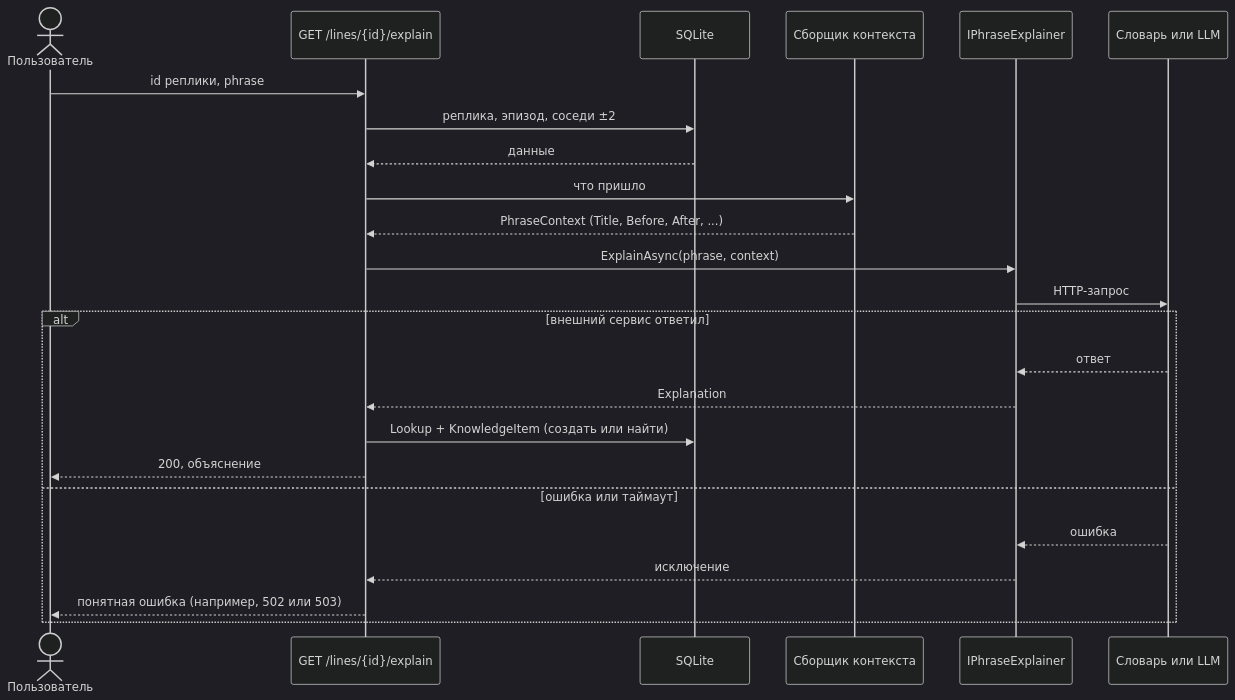
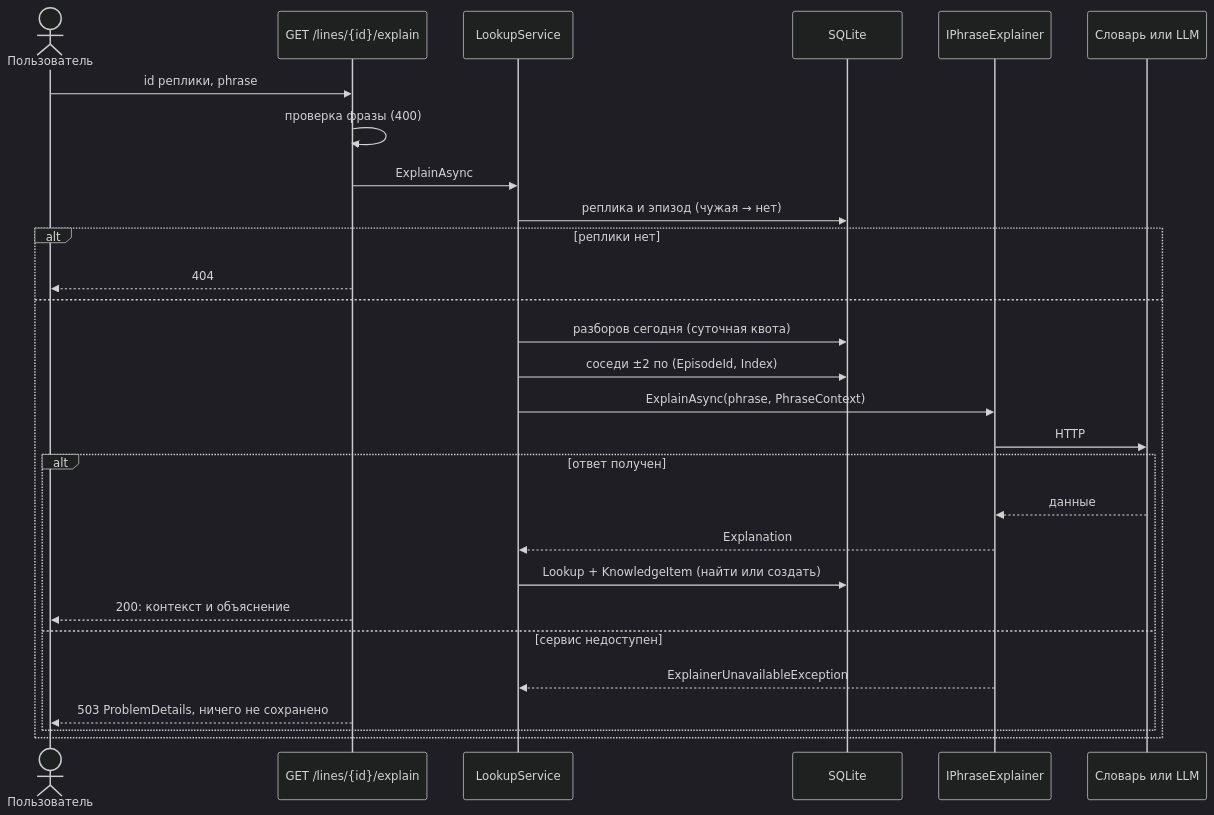
Before and after one commit to k0baboba/EasyLangApi: the fifth of 8 diagrams in docs/04-architecture.md, drawn with Mermaid (dark theme). The commit also changed other lines of this file and 6 other files, not shown here.

````diff
--- a/docs/04-architecture.md
+++ b/docs/04-architecture.md
@@ -182,27 +253,31 @@
 ```mermaid
 sequenceDiagram
     actor U as Пользователь
     participant API as GET /lines/{id}/explain
+    participant LS as LookupService
     participant DB as SQLite
-    participant CB as Сборщик контекста
     participant EX as IPhraseExplainer
     participant EXT as Словарь или LLM
 
     U->>API: id реплики, phrase
-    API->>DB: реплика, эпизод, соседи ±2
-    DB-->>API: данные
-    API->>CB: что пришло
-    CB-->>API: PhraseContext (Title, Before, After, ...)
-    API->>EX: ExplainAsync(phrase, context)
-    EX->>EXT: HTTP-запрос
-    alt внешний сервис ответил
-        EXT-->>EX: ответ
-        EX-->>API: Explanation
-        API->>DB: Lookup + KnowledgeItem (создать или найти)
-        API-->>U: 200, объяснение
-    else ошибка или таймаут
-        EXT-->>EX: ошибка
-        EX-->>API: исключение
-        API-->>U: понятная ошибка (например, 502 или 503)
+    API->>API: проверка фразы (400)
+    API->>LS: ExplainAsync
+    LS->>DB: реплика и эпизод (чужая → нет)
+    alt реплики нет
+        API-->>U: 404
+    else
+        LS->>DB: разборов сегодня (суточная квота)
+        LS->>DB: соседи ±2 по (EpisodeId, Index)
+        LS->>EX: ExplainAsync(phrase, PhraseContext)
+        EX->>EXT: HTTP
+        alt ответ получен
+            EXT-->>EX: данные
+            EX-->>LS: Explanation
+            LS->>DB: Lookup + KnowledgeItem (найти или создать)
+            API-->>U: 200: контекст и объяснение
+        else сервис недоступен
+            EX-->>LS: ExplainerUnavailableException
+            API-->>U: 503 ProblemDetails, ничего не сохранено
+        end
     end
 ```
````
